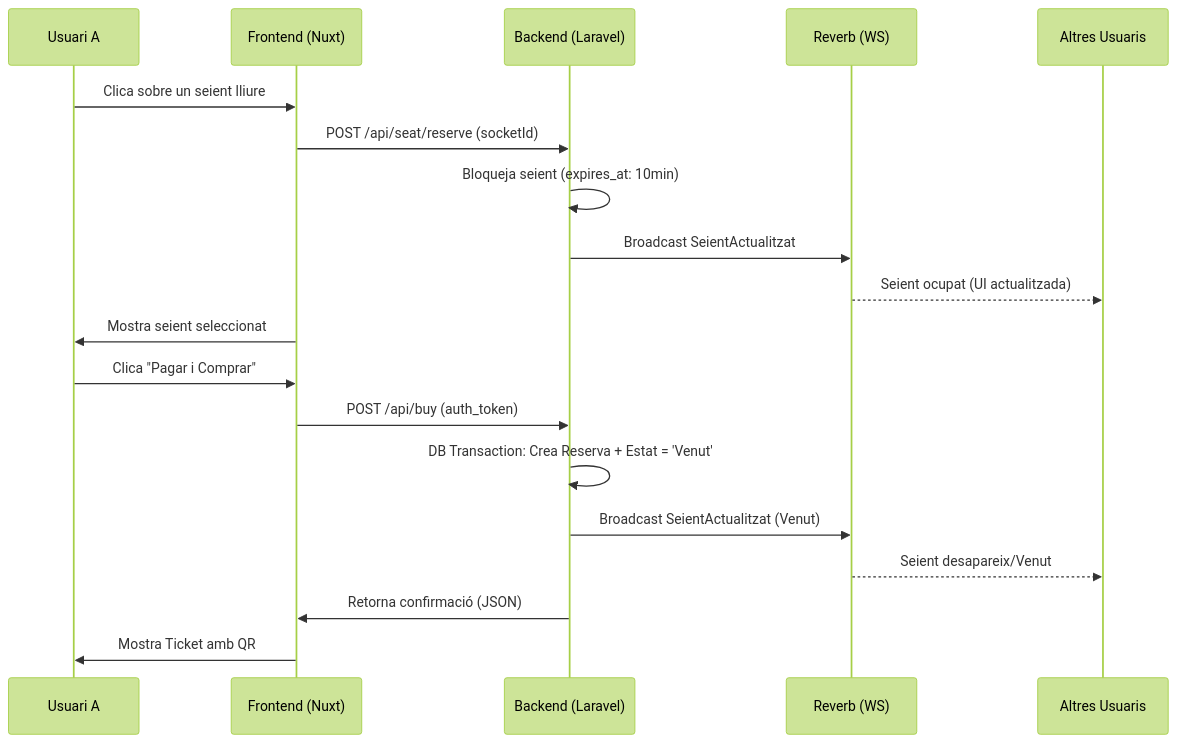
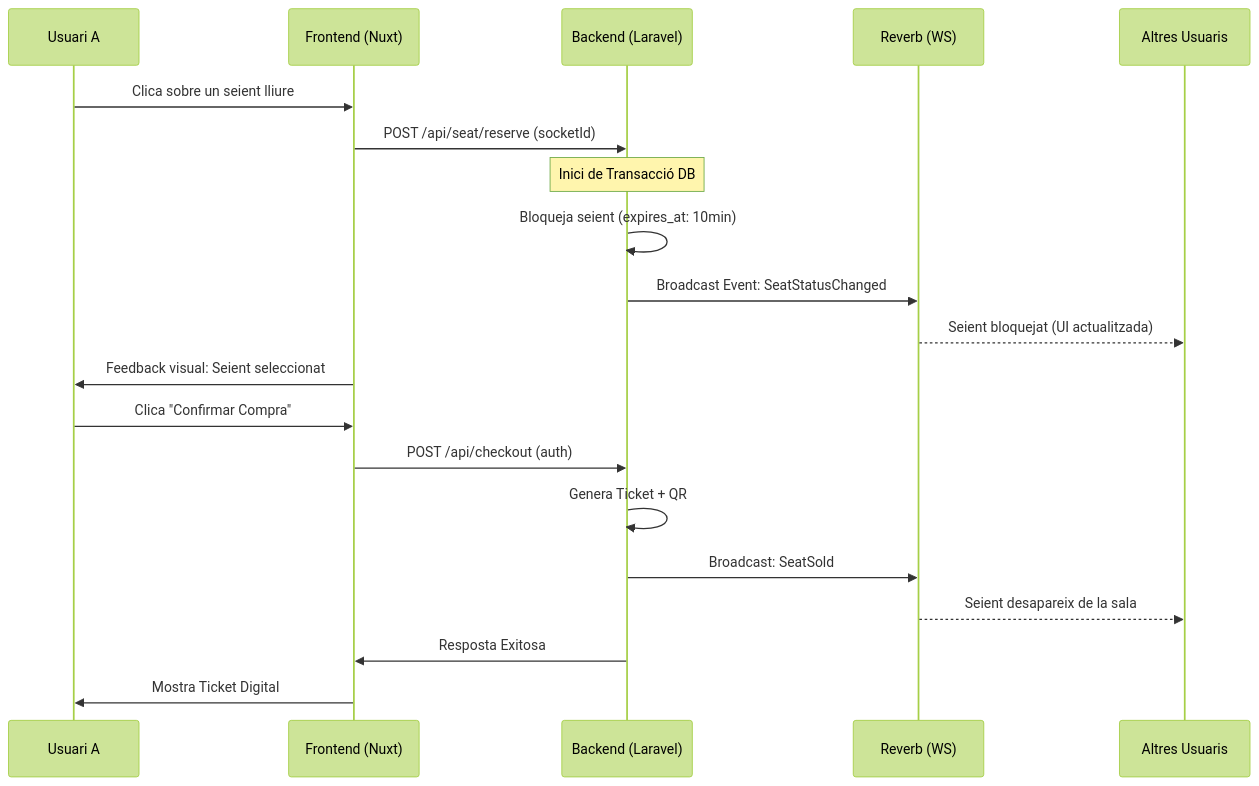
The second of 3 diagrams in README.md (inspedralbes/DAWTR3AaronSorianoPonce), drawn with Mermaid (forest theme) before and after one commit. The commit also changed other lines of this file, not shown here.

Commit message:
docs: expand README with detailed sections and fix mermaid diagrams

````diff
--- a/README.md
+++ b/README.md
@@ -47,22 +75,23 @@
 ```mermaid
 sequenceDiagram
     participant U as Usuari A
     participant F as Frontend (Nuxt)
     participant B as Backend (Laravel)
     participant R as Reverb (WS)
     participant O as Altres Usuaris
 
     U->>F: Clica sobre un seient lliure
     F->>B: POST /api/seat/reserve (socketId)
+    Note over B: Inici de Transacció DB
     B->>B: Bloqueja seient (expires_at: 10min)
-    B->>R: Broadcast SeientActualitzat
-    R-->>O: Seient ocupat (UI actualitzada)
-    F->>U: Mostra seient seleccionat
-    U->>F: Clica "Pagar i Comprar"
-    F->>B: POST /api/buy (auth_token)
-    B->>B: DB Transaction: Crea Reserva + Estat = 'Venut'
-    B->>R: Broadcast SeientActualitzat (Venut)
-    R-->>O: Seient desapareix/Venut
-    B->>F: Retorna confirmació (JSON)
-    F->>U: Mostra Ticket amb QR
+    B->>R: Broadcast Event: SeatStatusChanged
+    R-->>O: Seient bloquejat (UI actualitzada)
+    F->>U: Feedback visual: Seient seleccionat
+    U->>F: Clica "Confirmar Compra"
+    F->>B: POST /api/checkout (auth)
+    B->>B: Genera Ticket + QR
+    B->>R: Broadcast: SeatSold
+    R-->>O: Seient desapareix de la sala
+    B->>F: Resposta Exitosa
+    F->>U: Mostra Ticket Digital
 ```
````
